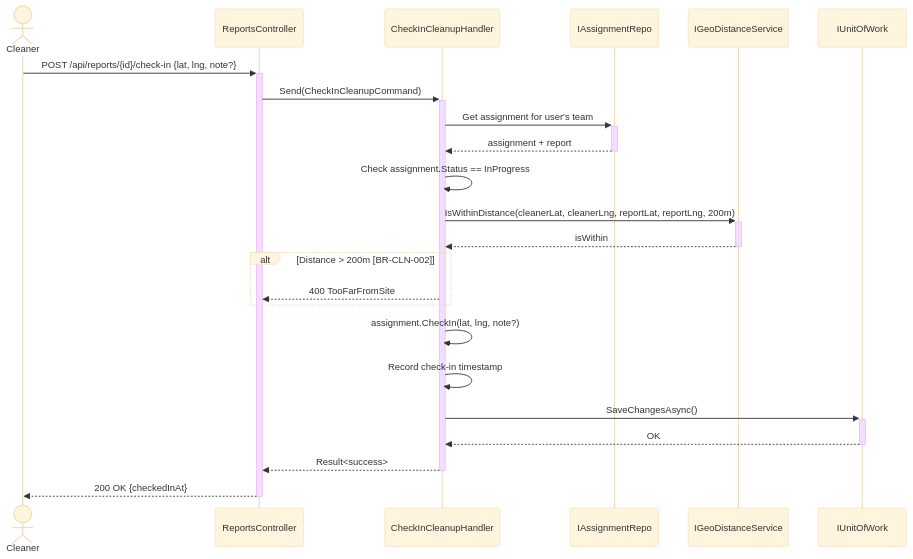
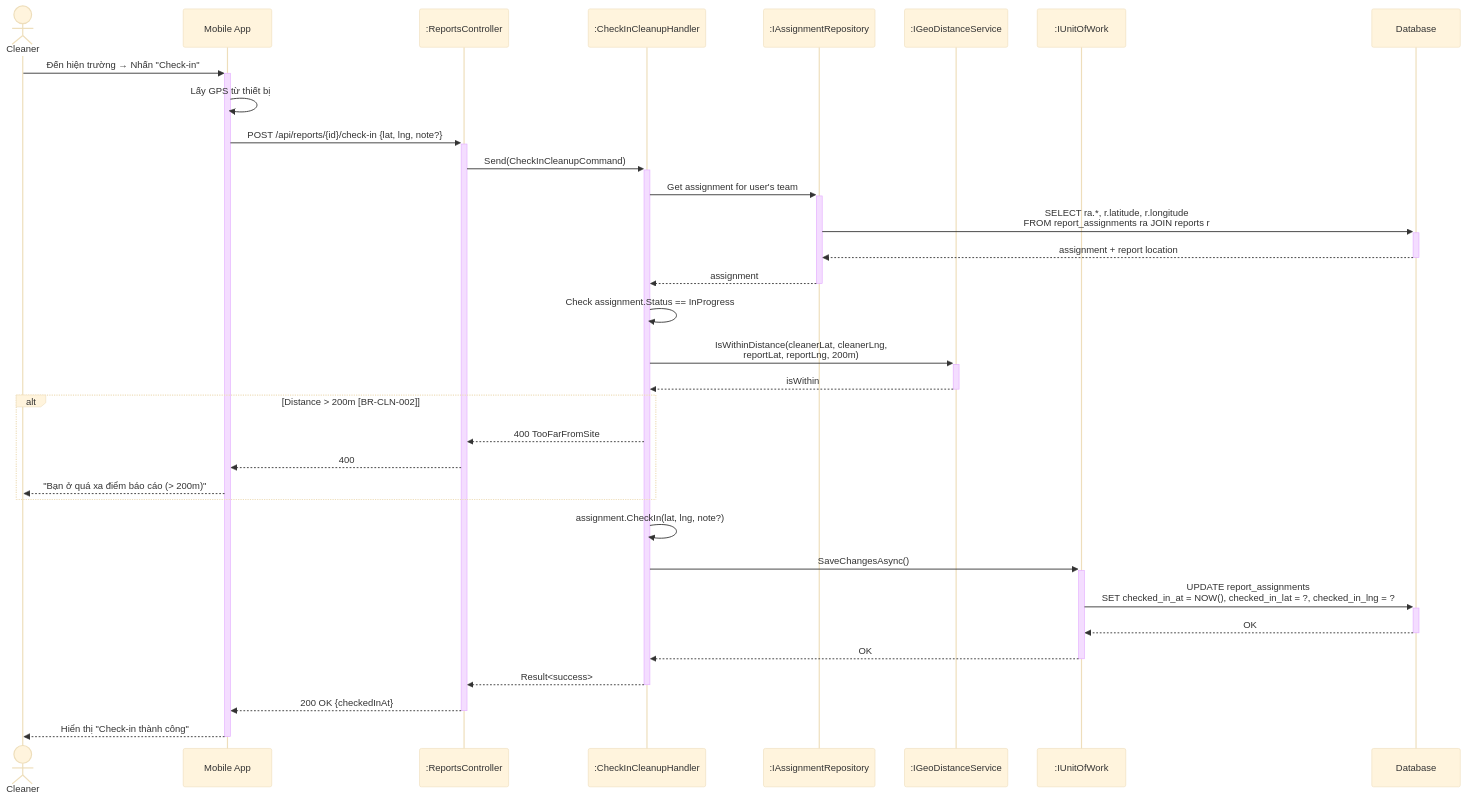
Diagram 12 of 25 in docs/BusinessRule/SEQUENCE_DIAGRAMS.md (Capstonne-Project/greenlens-service), drawn with Mermaid (base theme) before and after one commit. The commit also changed other lines of this file, not shown here.

Commit message:
fix(docs): enhance format sequence diagram

````diff
--- a/docs/BusinessRule/SEQUENCE_DIAGRAMS.md
+++ b/docs/BusinessRule/SEQUENCE_DIAGRAMS.md
@@ -562,33 +694,43 @@
 ```mermaid
 sequenceDiagram
     actor Cleaner
-    participant API as ReportsController
-    participant Handler as CheckInCleanupHandler
-    participant AssignRepo as IAssignmentRepo
-    participant Geo as IGeoDistanceService
-    participant DB as IUnitOfWork
+    participant App as Mobile App
+    participant Ctrl as :ReportsController
+    participant Hdl as :CheckInCleanupHandler
+    participant AsgRepo as :IAssignmentRepository
+    participant Geo as :IGeoDistanceService
+    participant UoW as :IUnitOfWork
+    participant DB as Database
 
-    Cleaner->>+API: POST /api/reports/{id}/check-in {lat, lng, note?}
-    API->>+Handler: Send(CheckInCleanupCommand)
+    Cleaner->>+App: Đến hiện trường → Nhấn "Check-in"
+    App->>App: Lấy GPS từ thiết bị
+    App->>+Ctrl: POST /api/reports/{id}/check-in {lat, lng, note?}
+    Ctrl->>+Hdl: Send(CheckInCleanupCommand)
 
-    Handler->>+AssignRepo: Get assignment for user's team
-    AssignRepo-->>-Handler: assignment + report
+    Hdl->>+AsgRepo: Get assignment for user's team
+    AsgRepo->>+DB: SELECT ra.*, r.latitude, r.longitude<br/>FROM report_assignments ra JOIN reports r
+    DB-->>-AsgRepo: assignment + report location
+    AsgRepo-->>-Hdl: assignment
 
-    Handler->>Handler: Check assignment.Status == InProgress
+    Hdl->>Hdl: Check assignment.Status == InProgress
 
-    Handler->>+Geo: IsWithinDistance(cleanerLat, cleanerLng, reportLat, reportLng, 200m)
-    Geo-->>-Handler: isWithin
+    Hdl->>+Geo: IsWithinDistance(cleanerLat, cleanerLng,<br/>reportLat, reportLng, 200m)
+    Geo-->>-Hdl: isWithin
 
     alt Distance > 200m [BR-CLN-002]
-        Handler-->>API: 400 TooFarFromSite
+        Hdl-->>Ctrl: 400 TooFarFromSite
+        Ctrl-->>App: 400
+        App-->>Cleaner: "Bạn ở quá xa điểm báo cáo (> 200m)"
     end
 
-    Handler->>Handler: assignment.CheckIn(lat, lng, note?)
-    Handler->>Handler: Record check-in timestamp
+    Hdl->>Hdl: assignment.CheckIn(lat, lng, note?)
 
-    Handler->>+DB: SaveChangesAsync()
-    DB-->>-Handler: OK
+    Hdl->>+UoW: SaveChangesAsync()
+    UoW->>+DB: UPDATE report_assignments<br/>SET checked_in_at = NOW(), checked_in_lat = ?, checked_in_lng = ?
+    DB-->>-UoW: OK
+    UoW-->>-Hdl: OK
 
-    Handler-->>-API: Result<success>
-    API-->>-Cleaner: 200 OK {checkedInAt}
+    Hdl-->>-Ctrl: Result<success>
+    Ctrl-->>-App: 200 OK {checkedInAt}
+    App-->>-Cleaner: Hiển thị "Check-in thành công"
 ```
````
